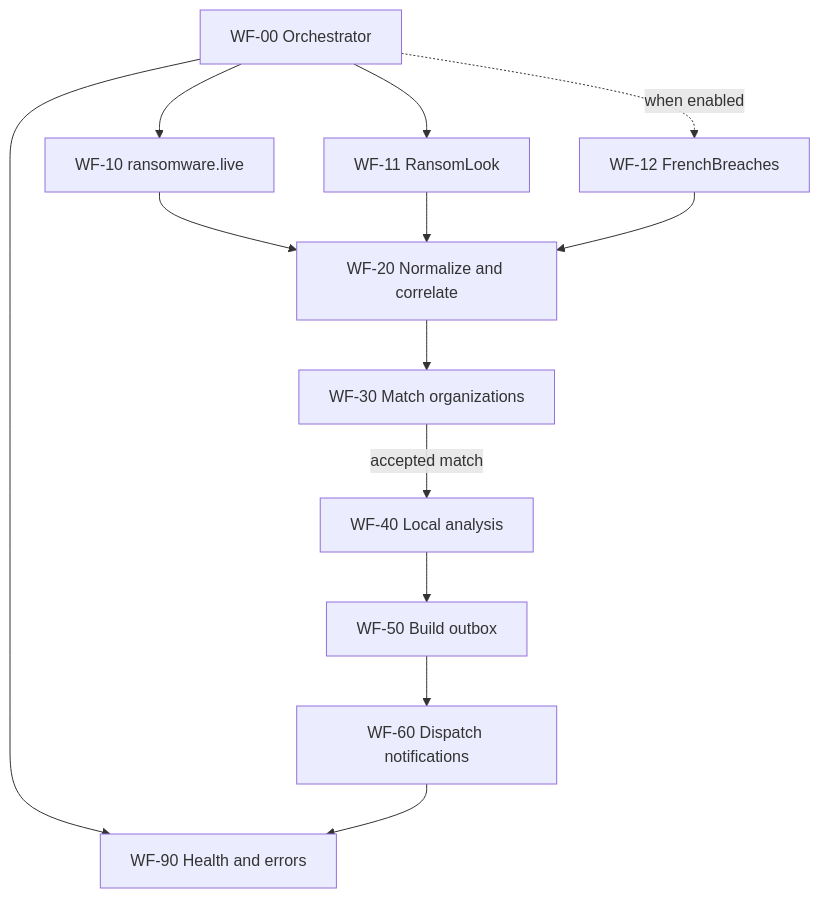
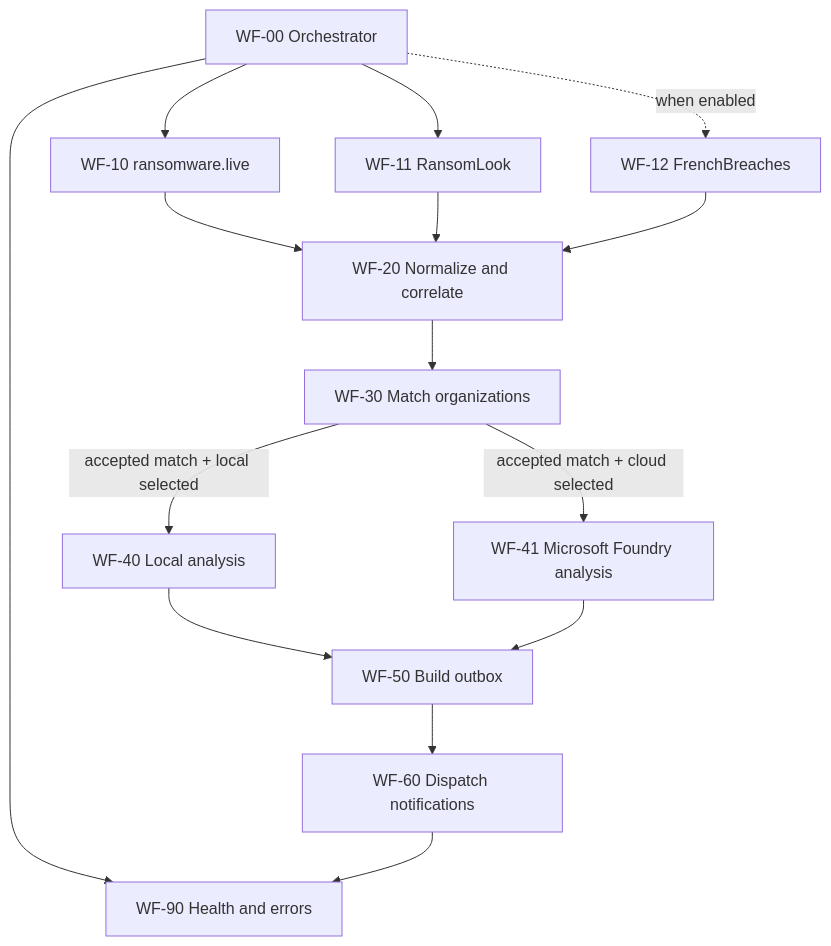
One commit to DimLeon009/threat-claim-monitor changed the third of 6 diagrams in docs/architecture/architecture.md. Above: the diagram before and after it, drawn with Mermaid. The commit also changed other lines of this file and 19 other files, not shown here.

First line of the commit message:
feat: add provider-aware Microsoft Foundry analysis (#6)

````diff
--- a/docs/architecture/architecture.md
+++ b/docs/architecture/architecture.md
@@ -178,26 +188,29 @@
 ```mermaid
 flowchart TB
     W00["WF-00 Orchestrator"]
     W10["WF-10 ransomware.live"]
     W11["WF-11 RansomLook"]
     W12["WF-12 FrenchBreaches"]
     W20["WF-20 Normalize and correlate"]
     W30["WF-30 Match organizations"]
     W40["WF-40 Local analysis"]
+    W41["WF-41 Microsoft Foundry analysis"]
     W50["WF-50 Build outbox"]
     W60["WF-60 Dispatch notifications"]
     W90["WF-90 Health and errors"]
 
     W00 --> W10
     W00 --> W11
     W00 -. "when enabled" .-> W12
     W10 --> W20
     W11 --> W20
     W12 --> W20
     W20 --> W30
-    W30 -->|"accepted match"| W40
+    W30 -->|"accepted match + local selected"| W40
+    W30 -->|"accepted match + cloud selected"| W41
     W40 --> W50
+    W41 --> W50
     W50 --> W60
     W00 --> W90
     W60 --> W90
 ```
````
